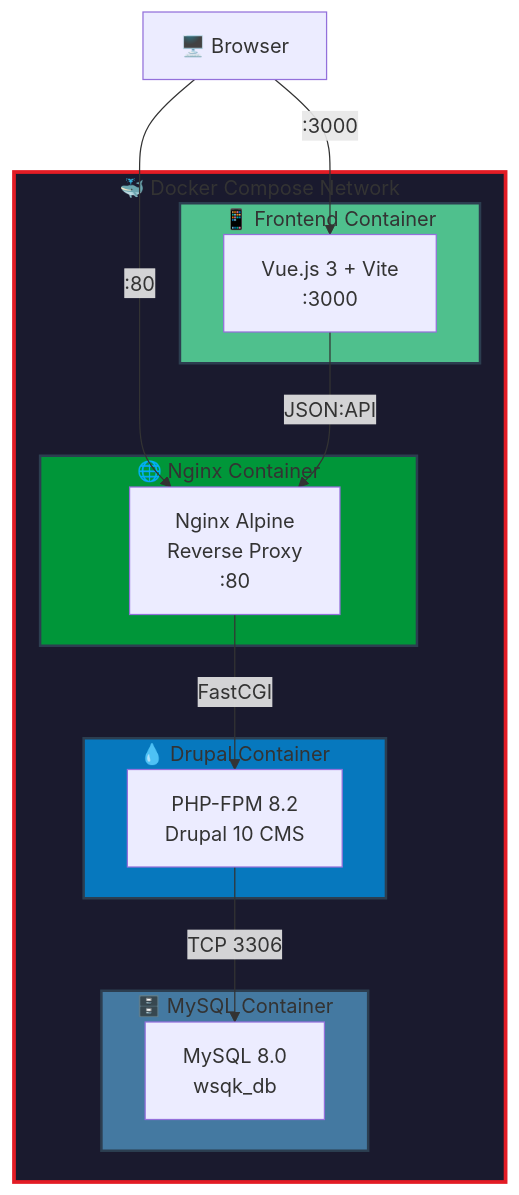
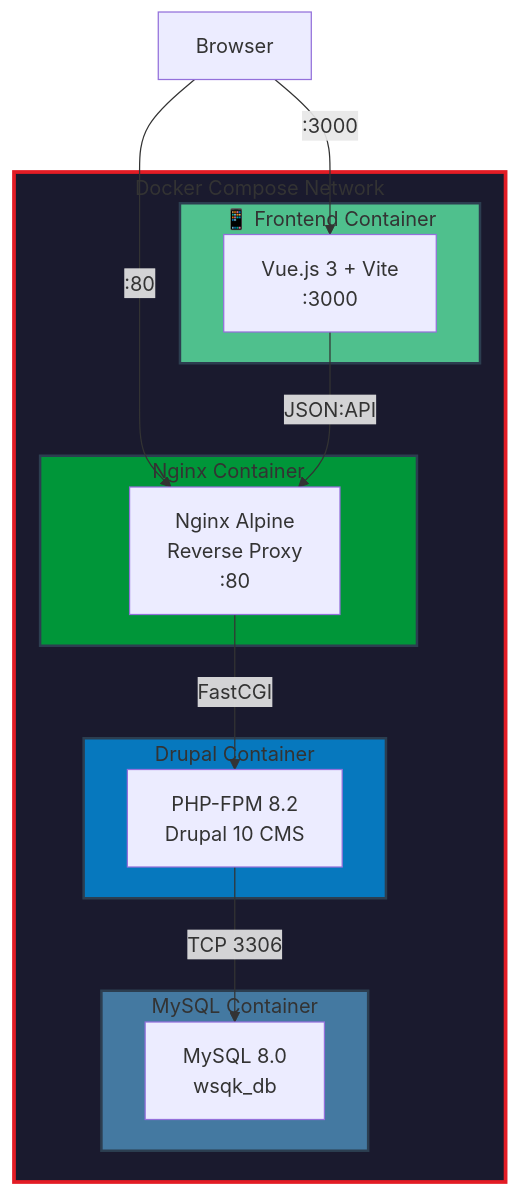
Before and after one commit to andresalmeida/pt-wsqk-radio: the first of 2 diagrams in README.md, drawn with Mermaid. The commit also changed other lines of this file, not shown here.

````diff
--- a/README.md
+++ b/README.md
@@ -36,34 +40,34 @@
 ```mermaid
 flowchart TB
-    subgraph DOCKER["🐳 Docker Compose Network"]
+    subgraph DOCKER["Docker Compose Network"]
         subgraph FRONTEND["📱 Frontend Container"]
             VUE["Vue.js 3 + Vite<br/>:3000"]
         end
         
-        subgraph NGINX["🌐 Nginx Container"]
+        subgraph NGINX["Nginx Container"]
             NG["Nginx Alpine<br/>Reverse Proxy<br/>:80"]
         end
         
-        subgraph DRUPAL["💧 Drupal Container"]
+        subgraph DRUPAL["Drupal Container"]
             PHP["PHP-FPM 8.2<br/>Drupal 10 CMS"]
         end
         
-        subgraph MYSQL["🗄️ MySQL Container"]
+        subgraph MYSQL["MySQL Container"]
             DB["MySQL 8.0<br/>wsqk_db"]
         end
     end
     
-    BROWSER["🖥️ Browser"]
+    BROWSER["Browser"]
     
     BROWSER -->|":80"| NG
     BROWSER -->|":3000"| VUE
     VUE -->|"JSON:API"| NG
     NG -->|"FastCGI"| PHP
     PHP -->|"TCP 3306"| DB
     
     style DOCKER fill:#1a1a2e,stroke:#e31c25,stroke-width:3px
     style FRONTEND fill:#4FC08D,stroke:#2c3e50,stroke-width:2px
     style NGINX fill:#009639,stroke:#2c3e50,stroke-width:2px
     style DRUPAL fill:#0678be,stroke:#2c3e50,stroke-width:2px
     style MYSQL fill:#4479A1,stroke:#2c3e50,stroke-width:2px
 ```
````
